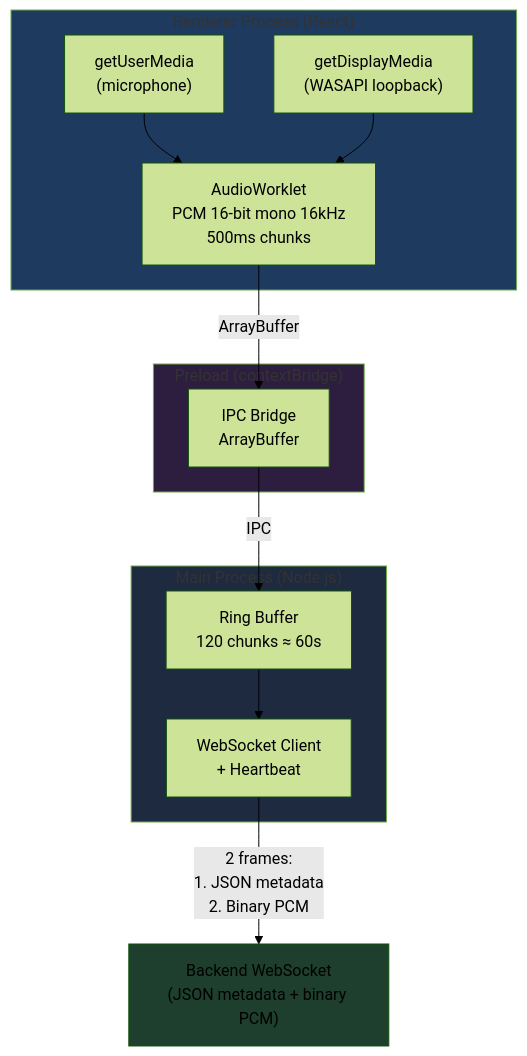
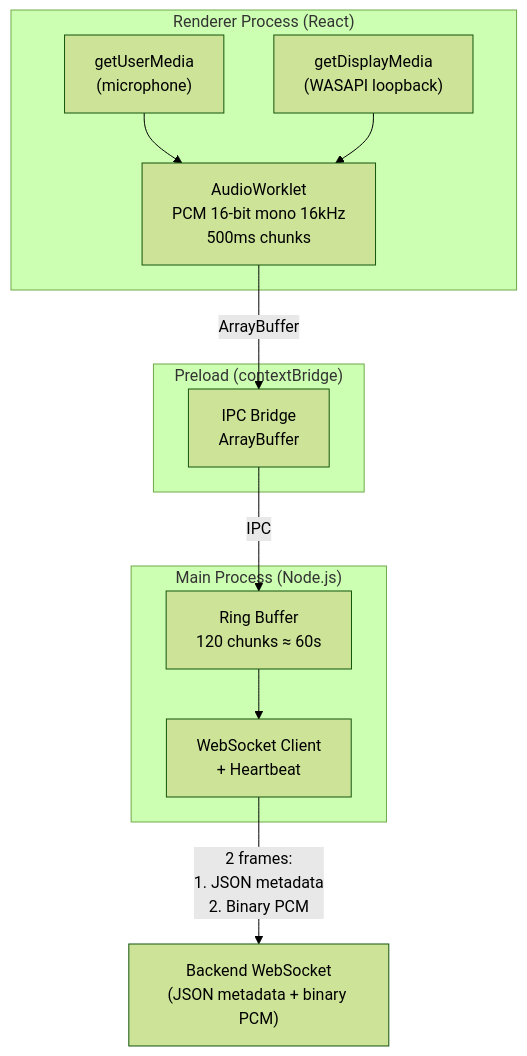
The diagram in README.md (laurasot/speakflow-desktop), drawn with Mermaid (forest theme) before and after one commit.

Commit message:
update architecture diagram

````diff
--- a/README.md
+++ b/README.md
@@ -17,33 +17,28 @@
 ```mermaid
 flowchart TB
     subgraph Renderer["Renderer Process (React)"]
         Mic["getUserMedia<br/>(microphone)"]
         Sys["getDisplayMedia<br/>(WASAPI loopback)"]
         Worklet["AudioWorklet<br/>PCM 16-bit mono 16kHz<br/>500ms chunks"]
         
         Mic --> Worklet
         Sys --> Worklet
     end
     
     subgraph Preload["Preload (contextBridge)"]
         Bridge["IPC Bridge<br/>ArrayBuffer"]
     end
     
     subgraph Main["Main Process (Node.js)"]
         Buffer["Ring Buffer<br/>120 chunks ≈ 60s"]
         WS["WebSocket Client<br/>+ Heartbeat"]
         
         Buffer --> WS
     end
     
     Backend["Backend WebSocket<br/>(JSON metadata + binary PCM)"]
     
     Worklet -->|"ArrayBuffer"| Bridge
     Bridge -->|"IPC"| Buffer
     WS -->|"2 frames:<br/>1. JSON metadata<br/>2. Binary PCM"| Backend
-    
-    style Renderer fill:#1e3a5f
-    style Main fill:#1e2a3f
-    style Preload fill:#2d1e3f
-    style Backend fill:#1e3f2d
 ```
````
